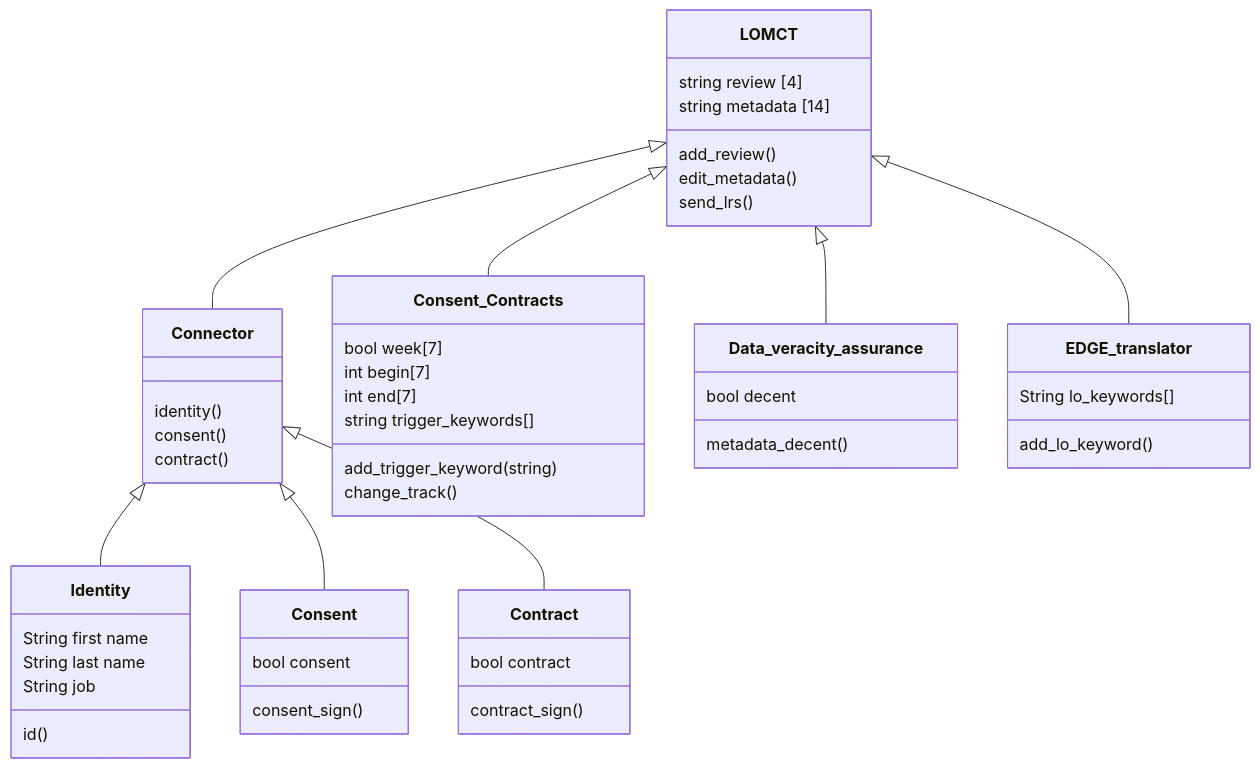
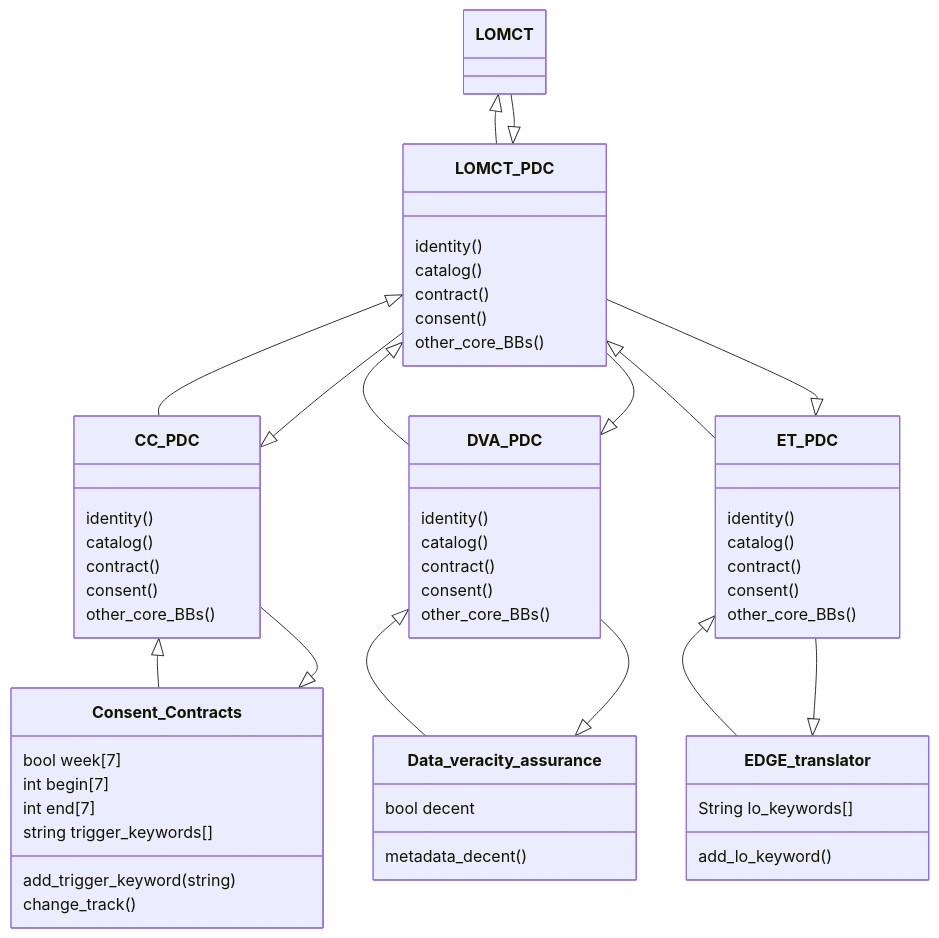
Before and after one commit to Prometheus-X-association/lomct: the second of 4 diagrams in readme.md, drawn with Mermaid. The commit also changed other lines of this file, not shown here.

````diff
--- a/readme.md
+++ b/readme.md
@@ -587,50 +565,61 @@
 ```mermaid
 classDiagram
-   LOMCT <|-- Connector
-   LOMCT <|-- Consent_Contracts
-   LOMCT <|-- Data_veracity_assurance
-   LOMCT <|-- EDGE_translator
-   Connector <|-- Identity
-   Connector <|-- Consent
-   Connector <|-- Contract
-   LOMCT: string review [4]
-   LOMCT: string metadata [14]
-   LOMCT: add_review()
-   LOMCT: edit_metadata()
-   LOMCT: send_lrs()
-   class Connector{
+   LOMCT <|-- LOMCT_PDC
+   LOMCT_PDC <|-- LOMCT
+   LOMCT_PDC <|-- CC_PDC
+   CC_PDC <|-- LOMCT_PDC
+   CC_PDC <|-- Consent_Contracts
+   Consent_Contracts <|-- CC_PDC
+   LOMCT_PDC <|-- DVA_PDC
+   DVA_PDC <|-- LOMCT_PDC
+   DVA_PDC <|-- Data_veracity_assurance
+   Data_veracity_assurance <|-- DVA_PDC
+   LOMCT_PDC <|-- ET_PDC
+   ET_PDC <|-- LOMCT_PDC
+   ET_PDC <|-- EDGE_translator
+   EDGE_translator <|-- ET_PDC
+   class LOMCT_PDC{
      identity()
+     catalog()
+     contract()
      consent()
+     other_core_BBs()
+   }
+   class CC_PDC{
+     identity()
+     catalog()
      contract()
+     consent()
+     other_core_BBs()
    }
-   class Consent{
-     bool consent
-     consent_sign()
+   class DVA_PDC{
+     identity()
+     catalog()
+     contract()
+     consent()
+     other_core_BBs()
    }
-   class Identity{
-     String first name
-     String last name
-     String job
-     id()
-   }
-   class Contract{
-     bool contract
-     contract_sign()
+   class ET_PDC{
+     identity()
+     catalog()
+     contract()
+     consent()
+     other_core_BBs()
    }
    class Consent_Contracts{
      bool week[7]
      int begin[7]
      int end[7]
      string trigger_keywords[]
      add_trigger_keyword(string)
      change_track()
    }
    class Data_veracity_assurance{
      bool decent
      metadata_decent()
    }
    class EDGE_translator{
      String lo_keywords[]
      add_lo_keyword()
    }
 ```
````
